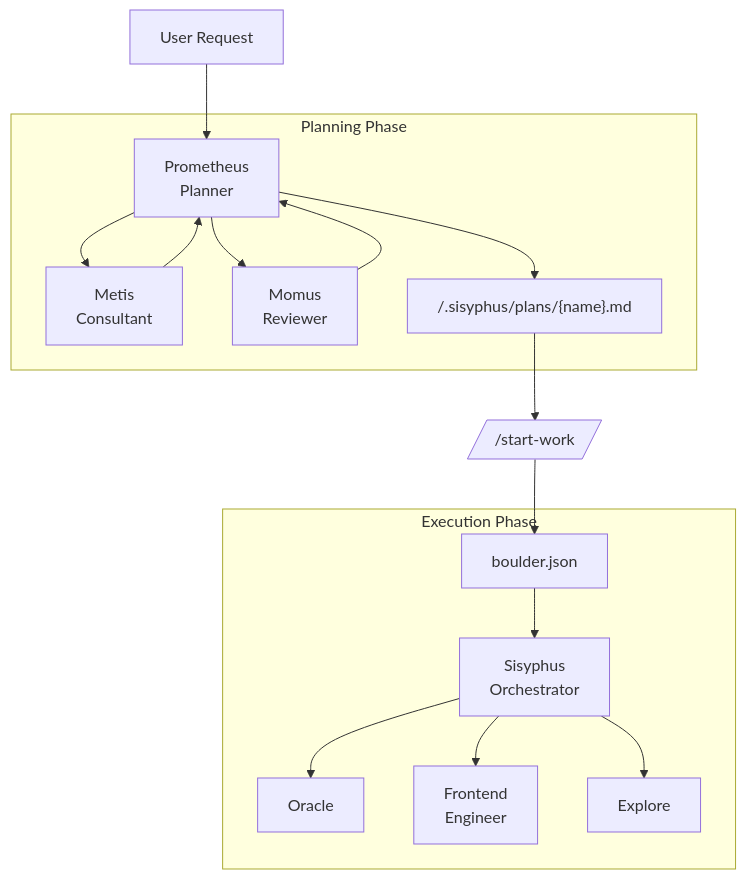
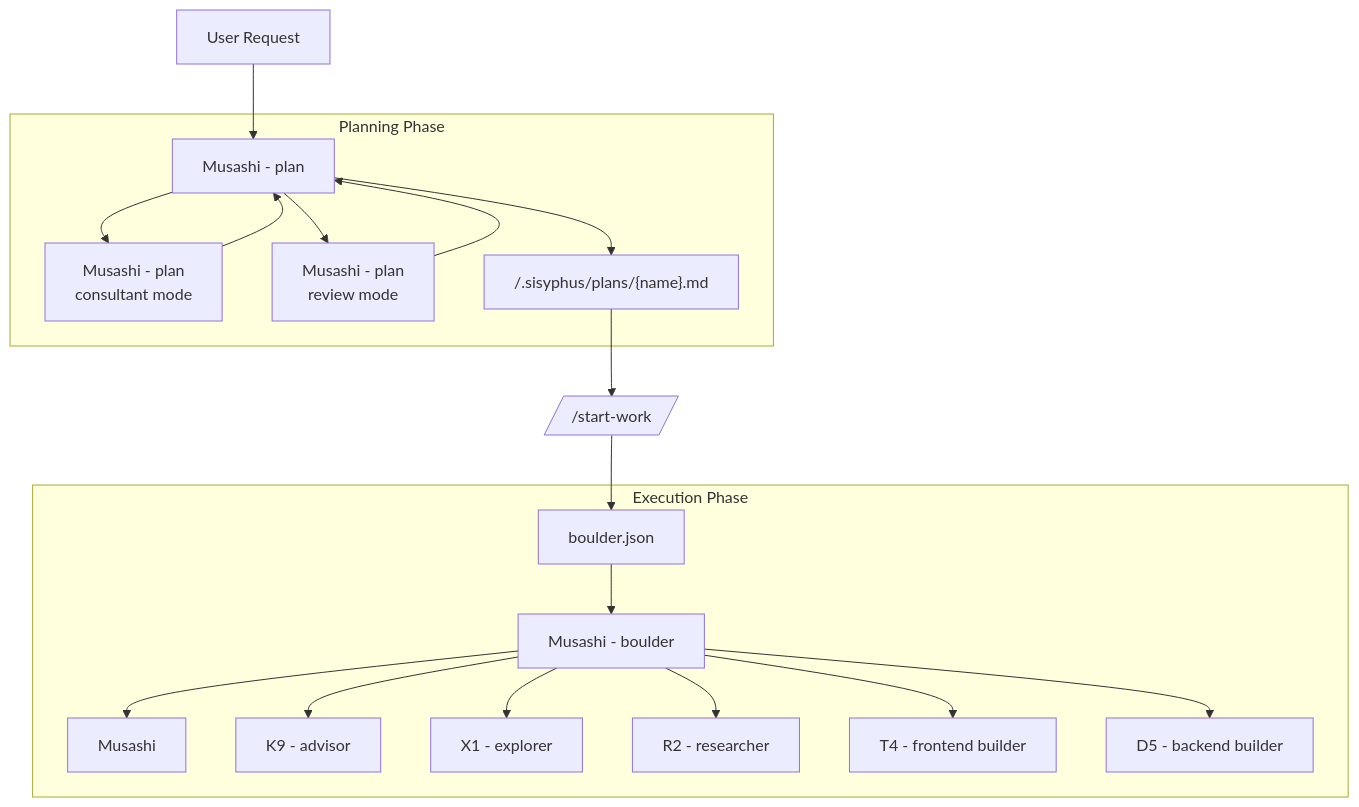
Before and after one commit to codewithkenzo/oh-my-opencode: the diagram in docs/orchestration-guide.md, drawn with Mermaid. The commit also changed other lines of this file and 12 other files, not shown here.

First line of the commit message:
Sprint 6: Fix stale agent refs + docs refresh for 8-agent architecture (#28)

````diff
--- a/docs/orchestration-guide.md
+++ b/docs/orchestration-guide.md
@@ -39,22 +39,25 @@
 ```mermaid
 flowchart TD
-    User[User Request] --> Prometheus
-    
+    User[User Request] --> PlanMode
+
     subgraph Planning Phase
-        Prometheus[Prometheus<br>Planner] --> Metis[Metis<br>Consultant]
-        Metis --> Prometheus
-        Prometheus --> Momus[Momus<br>Reviewer]
-        Momus --> Prometheus
-        Prometheus --> PlanFile["/.sisyphus/plans/{name}.md"]
+        PlanMode[Musashi - plan] --> Consultant[Musashi - plan<br>consultant mode]
+        Consultant --> PlanMode
+        PlanMode --> Review[Musashi - plan<br>review mode]
+        Review --> PlanMode
+        PlanMode --> PlanFile["/.sisyphus/plans/{name}.md"]
     end
-    
+
     PlanFile --> StartWork[//start-work/]
     StartWork --> BoulderState[boulder.json]
-    
+
     subgraph Execution Phase
-        BoulderState --> Sisyphus[Sisyphus<br>Orchestrator]
-        Sisyphus --> Oracle[Oracle]
-        Sisyphus --> Frontend[Frontend<br>Engineer]
-        Sisyphus --> Explore[Explore]
+        BoulderState --> Boulder[Musashi - boulder]
+        Boulder --> Musashi[Musashi]
+        Boulder --> K9[K9 - advisor]
+        Boulder --> X1[X1 - explorer]
+        Boulder --> R2[R2 - researcher]
+        Boulder --> T4[T4 - frontend builder]
+        Boulder --> D5[D5 - backend builder]
     end
 ```
````
